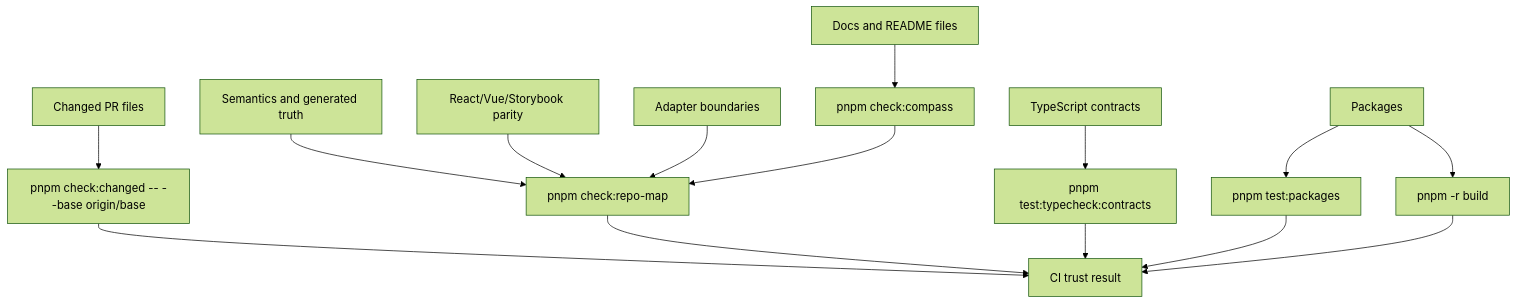
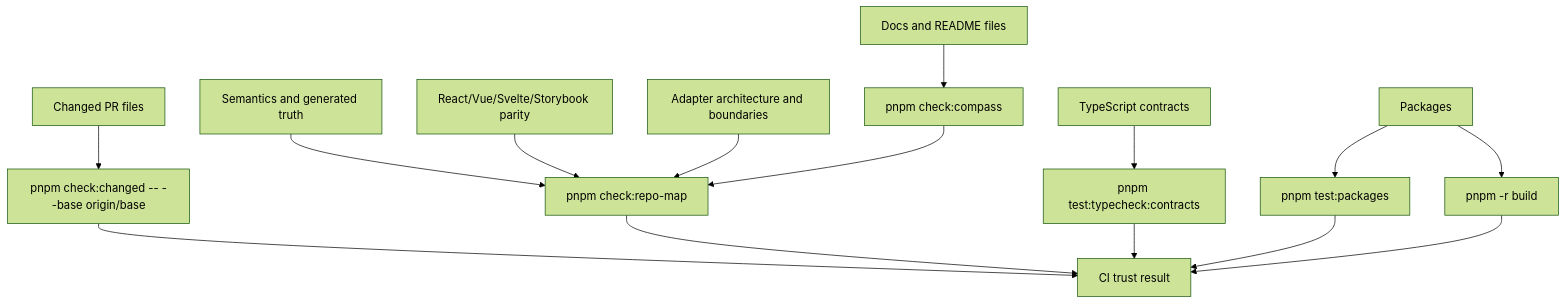
Before and after one commit to niklas-westman/marwes: the second of 3 diagrams in docs/reference/governance.md, drawn with Mermaid (forest theme). The commit also changed other lines of this file and 1243 other files, not shown here.

````diff
--- a/docs/reference/governance.md
+++ b/docs/reference/governance.md
@@ -103,18 +103,18 @@
 ```mermaid
 graph TD
   A[Changed PR files] --> Z[pnpm check:changed -- --base origin/base]
   B[Docs and README files] --> C[pnpm check:compass]
   D[Semantics and generated truth] --> E[pnpm check:repo-map]
-  F[React/Vue/Storybook parity] --> E
-  G[Adapter boundaries] --> E
+  F[React/Vue/Svelte/Storybook parity] --> E
+  G[Adapter architecture and boundaries] --> E
   H[TypeScript contracts] --> I[pnpm test:typecheck:contracts]
   J[Packages] --> K[pnpm test:packages]
   J --> L[pnpm -r build]
 
   Z --> M[CI trust result]
   C --> E
   E --> M
   I --> M
   K --> M
   L --> M
 ```
````
